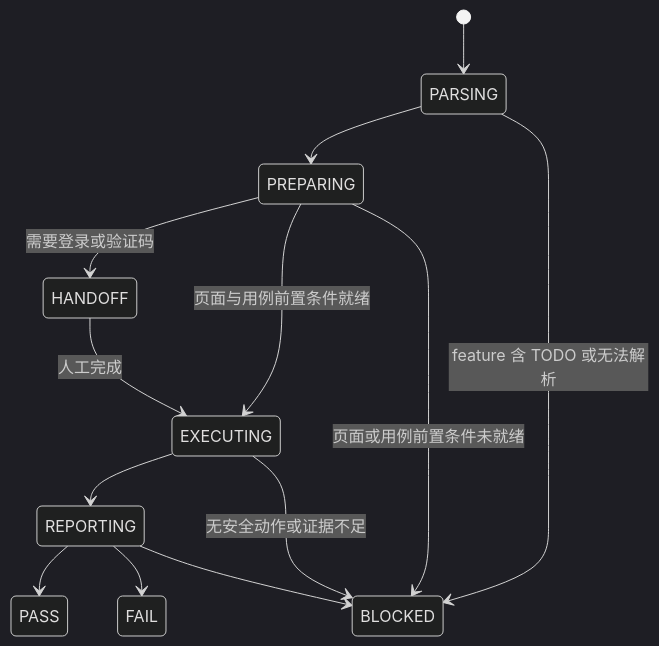
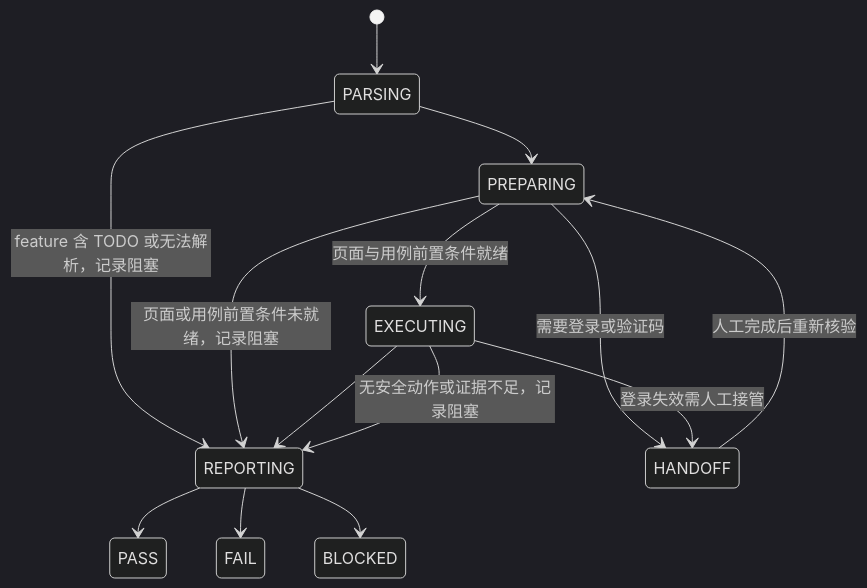
The fourth of 4 diagrams in docs/browser-test-technical-plan.md (Mone-Lee/browser-automated), drawn with Mermaid (dark theme) before and after one commit. The commit also changed other lines of this file and 6 other files, not shown here.

````diff
--- a/docs/browser-test-technical-plan.md
+++ b/docs/browser-test-technical-plan.md
@@ -323,15 +402,16 @@
 ```mermaid
 stateDiagram-v2
     [*] --> PARSING
     PARSING --> PREPARING
-    PARSING --> BLOCKED: feature 含 TODO 或无法解析
+    PARSING --> REPORTING: feature 含 TODO 或无法解析，记录阻塞
     PREPARING --> HANDOFF: 需要登录或验证码
-    HANDOFF --> EXECUTING: 人工完成
+    HANDOFF --> PREPARING: 人工完成后重新核验
     PREPARING --> EXECUTING: 页面与用例前置条件就绪
-    PREPARING --> BLOCKED: 页面或用例前置条件未就绪
+    PREPARING --> REPORTING: 页面或用例前置条件未就绪，记录阻塞
+    EXECUTING --> HANDOFF: 登录失效需人工接管
     EXECUTING --> REPORTING
-    EXECUTING --> BLOCKED: 无安全动作或证据不足
+    EXECUTING --> REPORTING: 无安全动作或证据不足，记录阻塞
     REPORTING --> PASS
     REPORTING --> FAIL
     REPORTING --> BLOCKED
 ```
````
